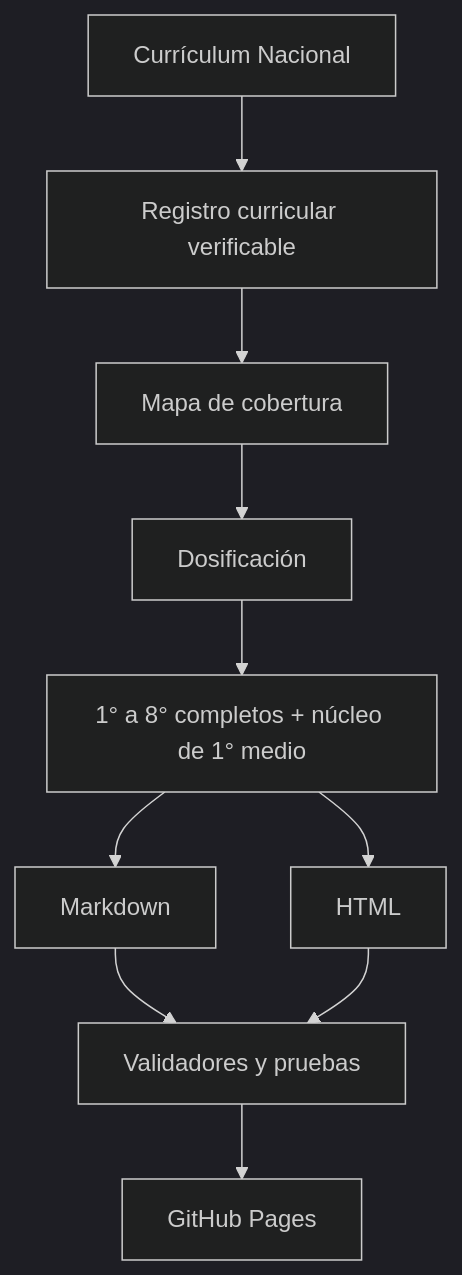
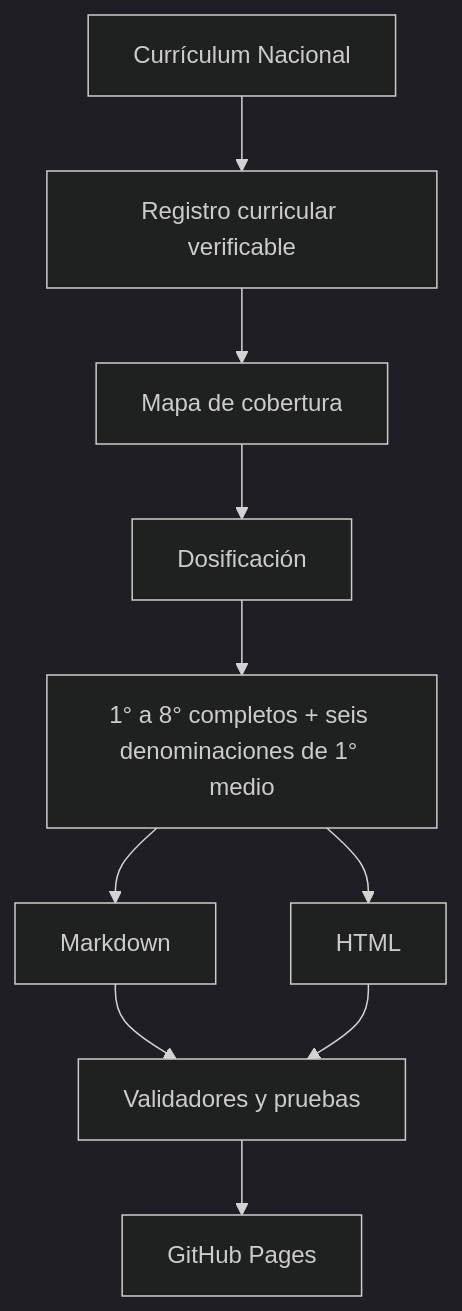
One commit to vladimiracunadev-create/chilean-school-learning-path changed the second of 2 diagrams in README.md. Above: the diagram before and after it, drawn with Mermaid (dark theme). The commit also changed other lines of this file and 296 other files, not shown here.

````diff
--- a/README.md
+++ b/README.md
@@ -448,12 +452,12 @@
 ```mermaid
 flowchart TD
     A[Currículum Nacional] --> B[Registro curricular verificable]
     B --> C[Mapa de cobertura]
     C --> D[Dosificación]
-    D --> E[1° a 8° completos + núcleo de 1° medio]
+    D --> E[1° a 8° completos + seis denominaciones de 1° medio]
     E --> F[Markdown]
     E --> G[HTML]
     F --> H[Validadores y pruebas]
     G --> H
     H --> I[GitHub Pages]
 ```
````
